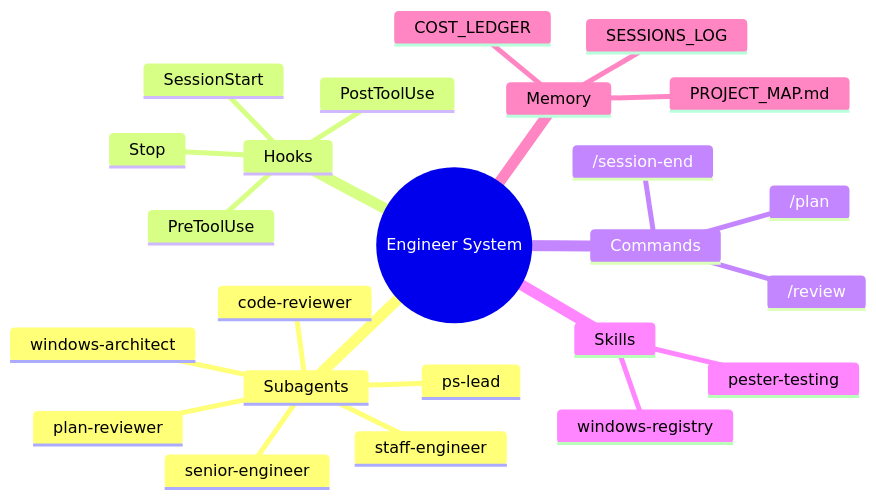
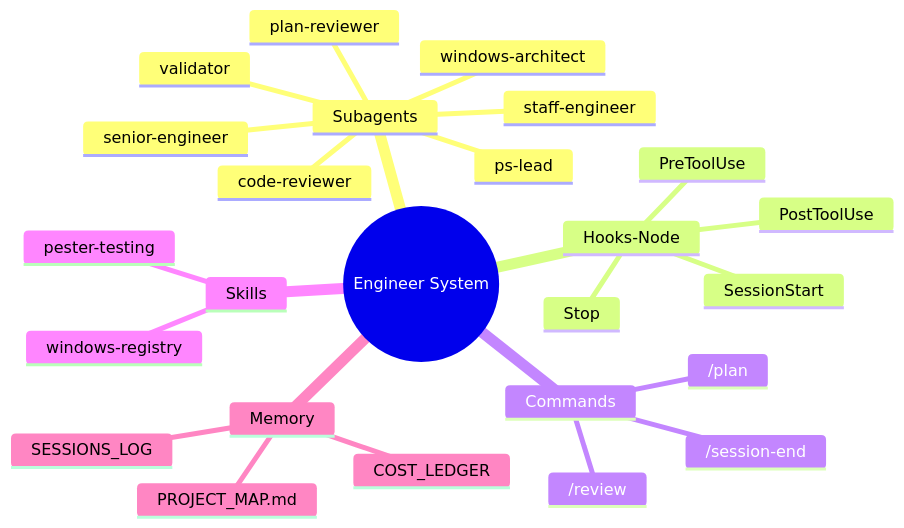
The second of 3 diagrams in README.md (F2lcon01/Engineer-System), drawn with Mermaid before and after one commit. The commit also changed other lines of this file and 30 other files, not shown here.

First line of the commit message:
Release v3.3: Auto-Bootstrap, GitHub Scout, CLAUDE.md split, Node hooks

````diff
--- a/README.md
+++ b/README.md
@@ -207,27 +228,28 @@
 ```mermaid
 mindmap
   root((Engineer System))
     Subagents
       staff-engineer
       senior-engineer
       windows-architect
       ps-lead
       plan-reviewer
       code-reviewer
-    Hooks
+      validator
+    Hooks-Node
       SessionStart
       PreToolUse
       PostToolUse
       Stop
     Commands
       /plan
       /review
       /session-end
     Skills
       windows-registry
       pester-testing
     Memory
       PROJECT_MAP.md
       SESSIONS_LOG
       COST_LEDGER
 ```
````
